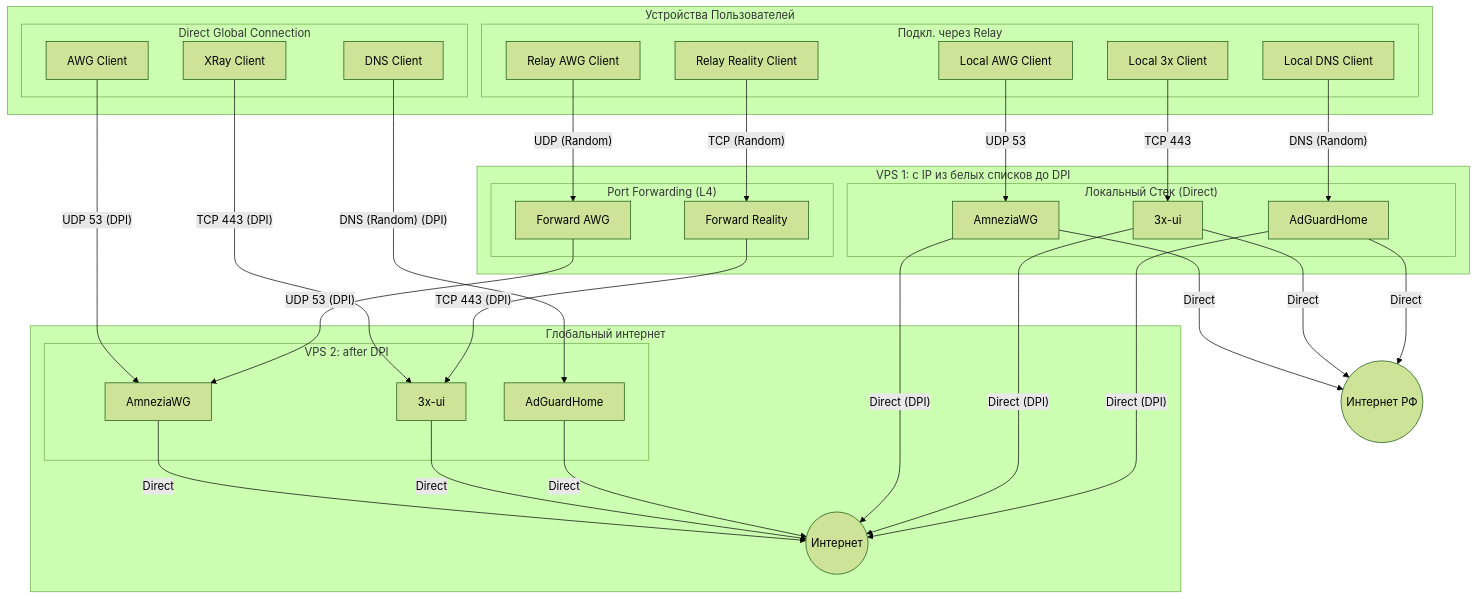
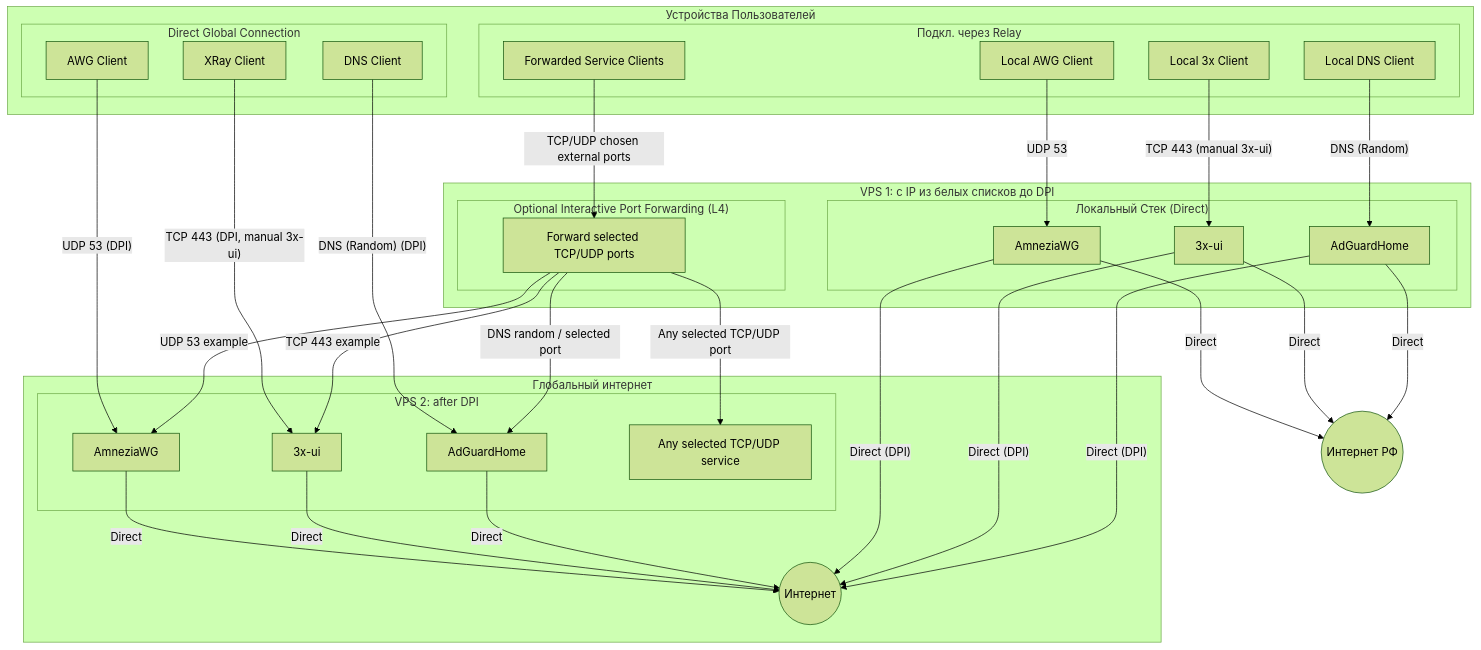
Before and after one commit to SpIvanM/3x-awg-adg-bundle: the diagram in AGENTS.md, drawn with Mermaid (forest theme). The commit also changed other lines of this file and 8 other files, not shown here.

````diff
--- a/AGENTS.md
+++ b/AGENTS.md
@@ -49,70 +62,70 @@
 ```mermaid
 graph TD
     subgraph Clients ["Устройства Пользователей"]
         subgraph CDir ["Direct Global Connection"]
             U_Dir_AWG["AWG Client"]
             U_Dir_XR["XRay Client"]
             U_Dir_DNS["DNS Client"]
         end
   
         subgraph CRel ["Подкл. через Relay"]
-            U_Rel_AWG["Relay AWG Client"]
-            U_Rel_XR["Relay Reality Client"]
+            U_Rel_FWD["Forwarded Service Clients"]
             U_Rel_LAWG["Local AWG Client"]
             U_Rel_LXR["Local 3x Client"]
             U_Rel_LDNS["Local DNS Client"]
         end
     end
 
     subgraph RelayVPS ["VPS 1: с IP из белых списков до DPI "]
-        subgraph PF ["Port Forwarding (L4)"]
-            PF_AWG["Forward AWG"]
-            PF_XR["Forward Reality"]
+        subgraph PF ["Optional Interactive Port Forwarding (L4)"]
+            PF_ANY["Forward selected TCP/UDP ports"]
         end
   
         subgraph RLoc ["Локальный Стек (Direct)"]
             RAWG["AmneziaWG"]
             RXR["3x-ui"]
             RAGH["AdGuardHome"]
         end
     end
     NetRu(("Интернет РФ"))
     subgraph Global ["Глобальный интернет"]
         subgraph TargetVPS ["VPS 2: after DPI"]
             TAWG["AmneziaWG"]
             TXR["3x-ui"]
             TAGH["AdGuardHome"]
+            TANY["Any selected TCP/UDP service"]
         end
     Net(("Интернет"))
     end
 
 
     %% Connections to Target (Direct)
     U_Dir_AWG -->|"UDP 53 (DPI)"| TAWG
-    U_Dir_XR -->|"TCP 443 (DPI)"| TXR
+    U_Dir_XR -->|"TCP 443 (DPI, manual 3x-ui)"| TXR
     U_Dir_DNS -->|"DNS (Random) (DPI)"| TAGH
   
     TAWG -->|"Direct"| Net
     TXR -->|"Direct"| Net
     TAGH -->|"Direct"| Net
 
     %% Connections to Relay
-    U_Rel_AWG -->|"UDP (Random)"| PF_AWG
-    U_Rel_XR -->|"TCP (Random)"| PF_XR
+    U_Rel_FWD -->|"TCP/UDP chosen external ports"| PF_ANY
     U_Rel_LAWG -->|"UDP 53"| RAWG
-    U_Rel_LXR -->|"TCP 443"| RXR
+    U_Rel_LXR -->|"TCP 443 (manual 3x-ui)"| RXR
     U_Rel_LDNS -->|"DNS (Random)"| RAGH
 
-    PF_AWG -->|"UDP 53 (DPI)"| TAWG
-    PF_XR -->|"TCP 443 (DPI)"| TXR
+    PF_ANY -->|"UDP 53 example"| TAWG
+    PF_ANY -->|"TCP 443 example"| TXR
+    PF_ANY -->|"DNS random / selected port"| TAGH
+    PF_ANY -->|"Any selected TCP/UDP port"| TANY
   
     RAWG -->|"Direct (DPI)"| Net
     RXR -->|"Direct (DPI)"| Net
     RAGH -->|"Direct (DPI)"| Net
 
     RAWG -->|"Direct"| NetRu
     RXR -->|"Direct"| NetRu
     RAGH -->|"Direct"| NetRu
 
 
 ```
````
